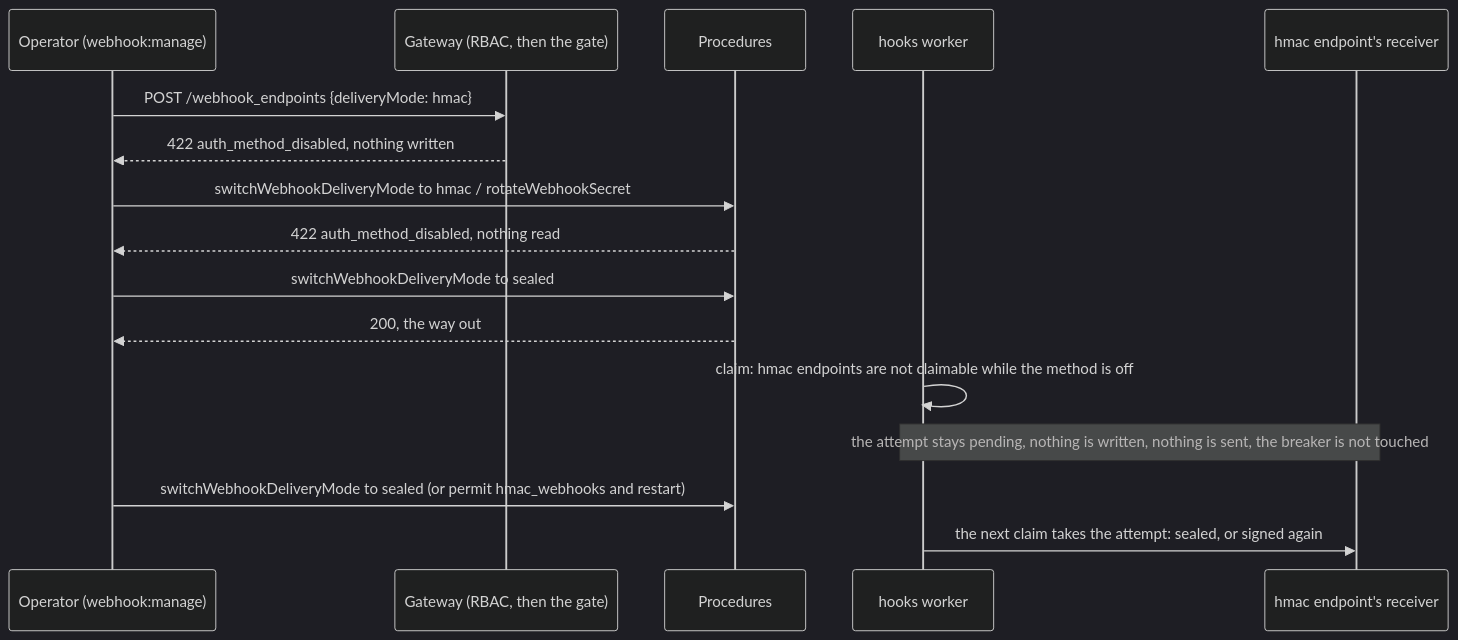
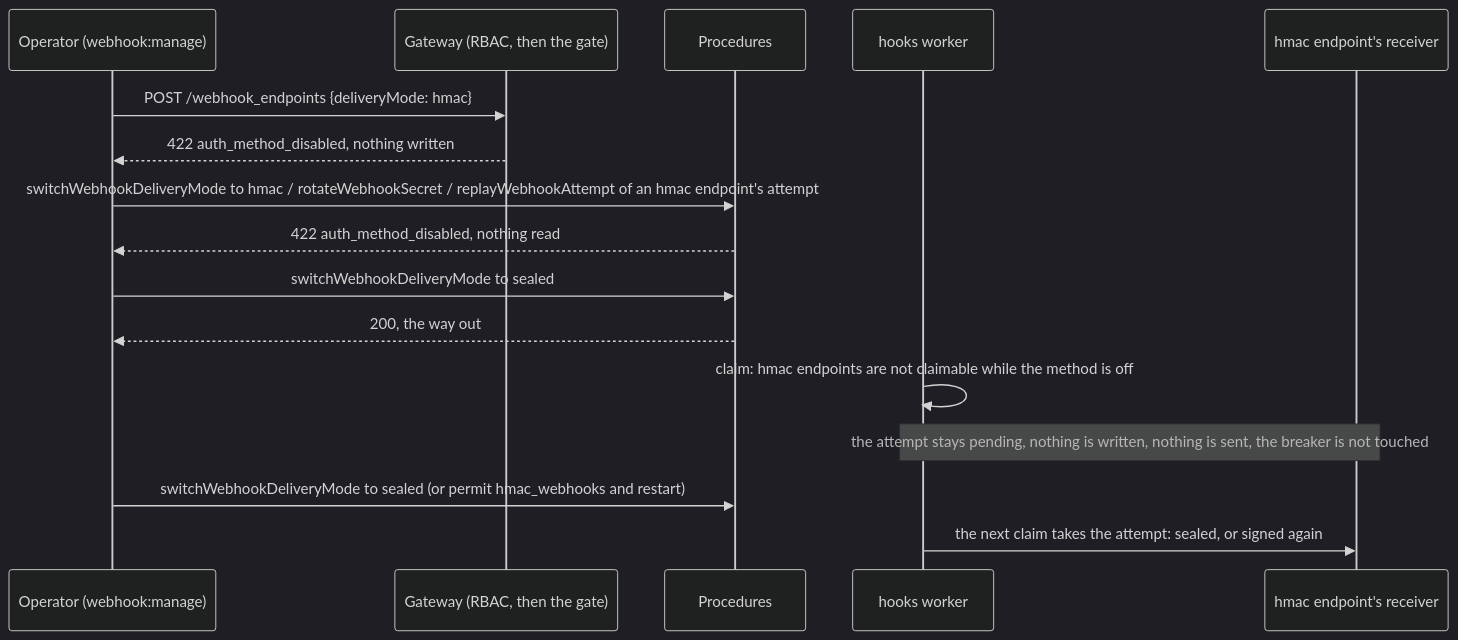
The sixth of 15 diagrams in docs/architecture.md (vaam-apps/vsms), drawn with Mermaid (dark theme) before and after one commit. The commit also changed other lines of this file and 3 other files, not shown here.

First line of the commit message:
docs(auth): releasing a held hmac backlog, the bounded count, and the replay refusal

````diff
--- a/docs/architecture.md
+++ b/docs/architecture.md
@@ -1992,18 +1992,18 @@
 ```mermaid
 sequenceDiagram
     participant O as Operator (webhook:manage)
     participant G as Gateway (RBAC, then the gate)
     participant P as Procedures
     participant H as hooks worker
     participant E as hmac endpoint's receiver
     O->>G: POST /webhook_endpoints {deliveryMode: hmac}
     G-->>O: 422 auth_method_disabled, nothing written
-    O->>P: switchWebhookDeliveryMode to hmac / rotateWebhookSecret
+    O->>P: switchWebhookDeliveryMode to hmac / rotateWebhookSecret / replayWebhookAttempt of an hmac endpoint's attempt
     P-->>O: 422 auth_method_disabled, nothing read
     O->>P: switchWebhookDeliveryMode to sealed
     P-->>O: 200, the way out
     H->>H: claim: hmac endpoints are not claimable while the method is off
     Note over H,E: the attempt stays pending, nothing is written, nothing is sent, the breaker is not touched
     O->>P: switchWebhookDeliveryMode to sealed (or permit hmac_webhooks and restart)
     H->>E: the next claim takes the attempt: sealed, or signed again
 ```
````
